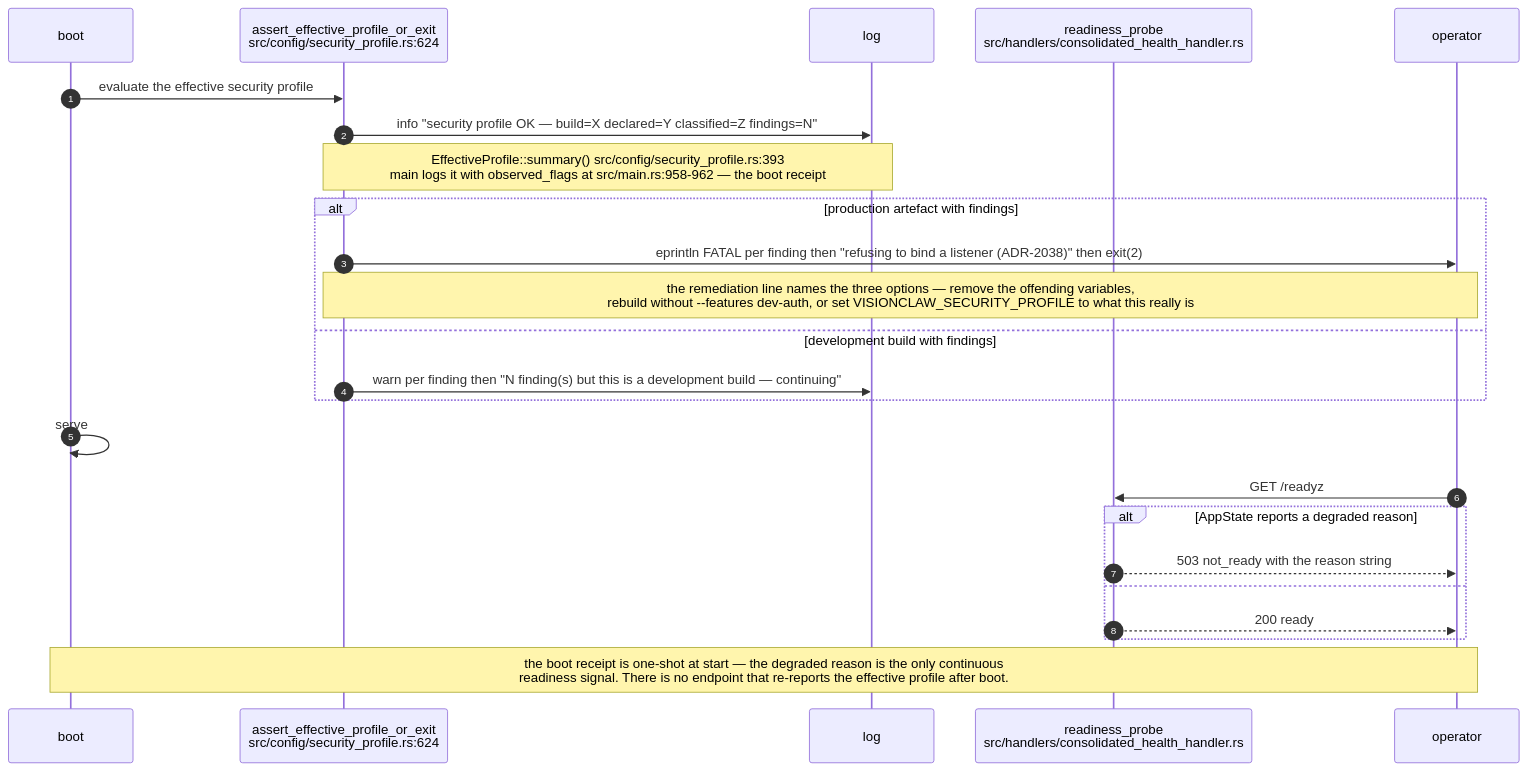
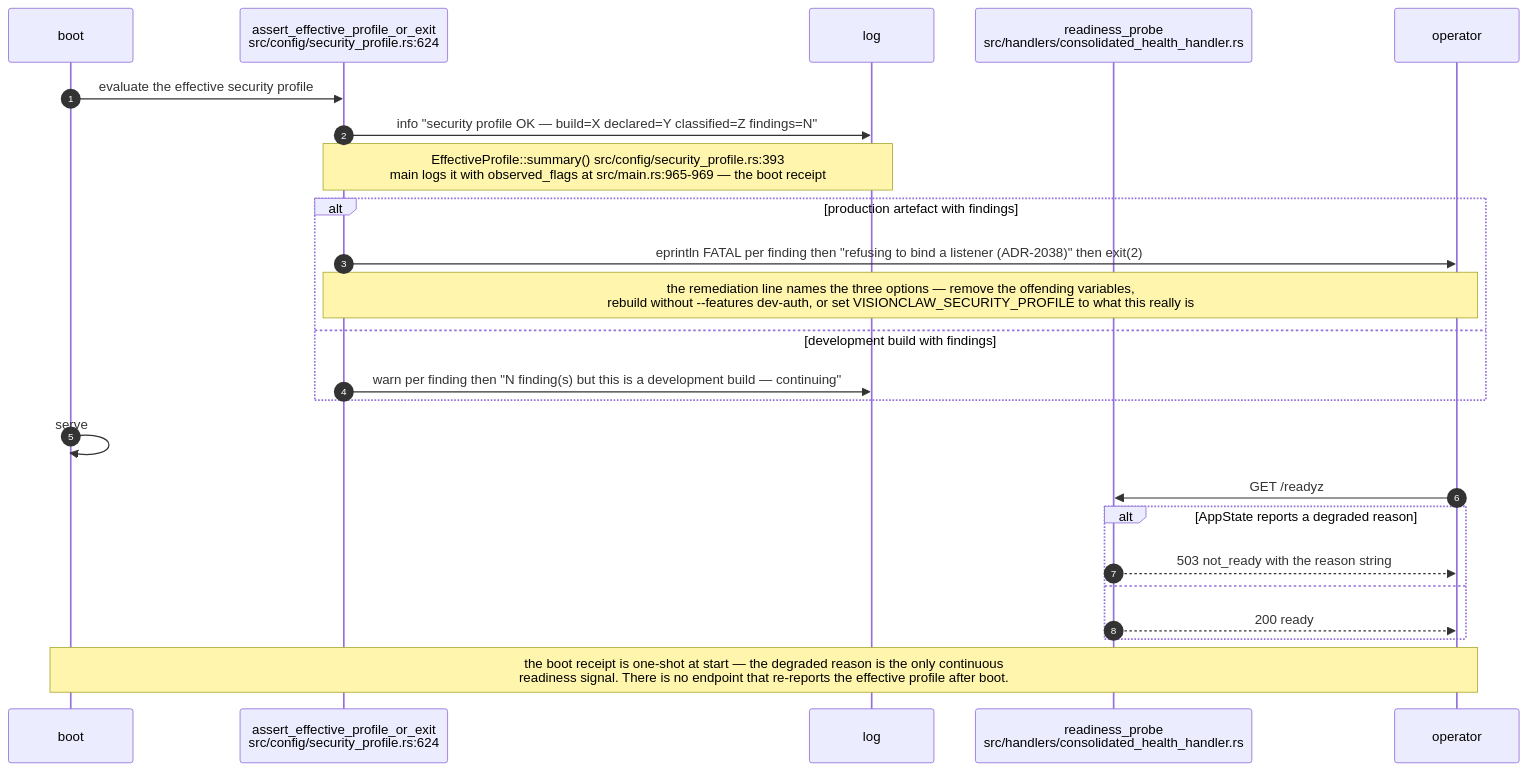
Before and after one commit to DreamLab-AI/VisionFlow: the ninth of 9 diagrams in docs/diagrams/visionclaw/08-observability-health-and-dev-loop.md, drawn with Mermaid. The commit also changed other lines of this file and 56 other files, not shown here.

First line of the commit message:
docs(diagrams): re-verify VisionClaw topics at ec785afa9, add VC-19/56/57 and the VisionClaw register

````diff
--- a/docs/diagrams/visionclaw/08-observability-health-and-dev-loop.md
+++ b/docs/diagrams/visionclaw/08-observability-health-and-dev-loop.md
@@ -322,27 +330,27 @@
 ```mermaid
 sequenceDiagram
     autonumber
     participant B as boot
     participant P as assert_effective_profile_or_exit<br/>src/config/security_profile.rs:624
     participant L as log
     participant R as readiness_probe<br/>src/handlers/consolidated_health_handler.rs
     participant O as operator
 
     B->>P: evaluate the effective security profile
     P->>L: info "security profile OK — build=X declared=Y classified=Z findings=N"
-    Note over P,L: EffectiveProfile::summary() src/config/security_profile.rs:393<br/>main logs it with observed_flags at src/main.rs:958-962 — the boot receipt
+    Note over P,L: EffectiveProfile::summary() src/config/security_profile.rs:393<br/>main logs it with observed_flags at src/main.rs:965-969 — the boot receipt
     alt production artefact with findings
         P->>O: eprintln FATAL per finding then "refusing to bind a listener (ADR-2038)" then exit(2)
         Note over P,O: the remediation line names the three options — remove the offending variables,<br/>rebuild without --features dev-auth, or set VISIONCLAW_SECURITY_PROFILE to what this really is
     else development build with findings
         P->>L: warn per finding then "N finding(s) but this is a development build — continuing"
     end
     B->>B: serve
     O->>R: GET /readyz
     alt AppState reports a degraded reason
         R-->>O: 503 not_ready with the reason string
     else
         R-->>O: 200 ready
     end
     Note over B,O: the boot receipt is one-shot at start — the degraded reason is the only continuous<br/>readiness signal. There is no endpoint that re-reports the effective profile after boot.
 ```
````
